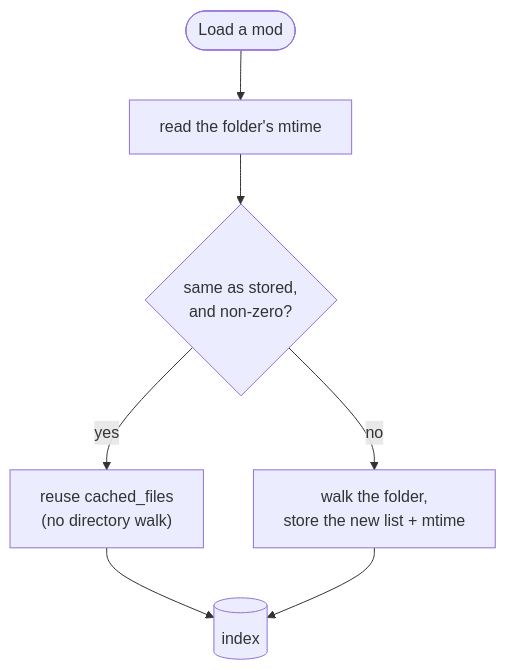
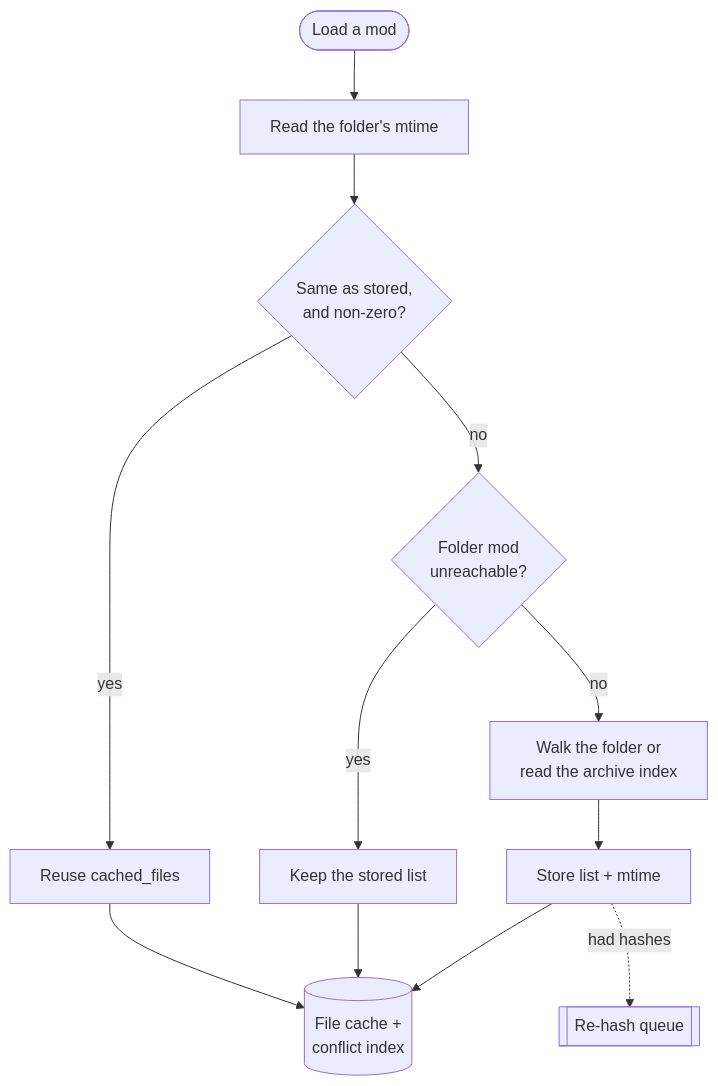
Before and after one commit to FreeProject089/BetterModsManager: the diagram in frontend/assets/docs/en/how-it-works/scanning-cache.md, drawn with Mermaid. The commit also changed other lines of this file and 176 other files, not shown here.

````diff
--- a/frontend/assets/docs/en/how-it-works/scanning-cache.md
+++ b/frontend/assets/docs/en/how-it-works/scanning-cache.md
@@ -29,9 +29,14 @@
 ```mermaid
-flowchart TB
-    START([Load a mod]) --> META["read the folder's mtime"]
-    META --> CMP{"same as stored,<br/>and non-zero?"}
-    CMP -- yes --> REUSE["reuse cached_files<br/>(no directory walk)"]
-    CMP -- no --> WALK["walk the folder,<br/>store the new list + mtime"]
-    REUSE --> IDX[(index)]
-    WALK --> IDX
+flowchart TD
+    START(["Load a mod"]) --> META["Read the folder's mtime"]
+    META --> CMP{"Same as stored,<br/>and non-zero?"}
+    CMP -- "yes" --> REUSE["Reuse cached_files"]
+    CMP -- "no" --> GONE{"Folder mod<br/>unreachable?"}
+    GONE -- "yes" --> KEEP["Keep the stored list"]
+    GONE -- "no" --> LIST["Walk the folder or<br/>read the archive index"]
+    LIST --> STORE["Store list + mtime"]
+    STORE -. "had hashes" .-> SHA[["Re-hash queue"]]
+    REUSE --> IDX[("File cache +<br/>conflict index")]
+    KEEP --> IDX
+    STORE --> IDX
 ```
````
